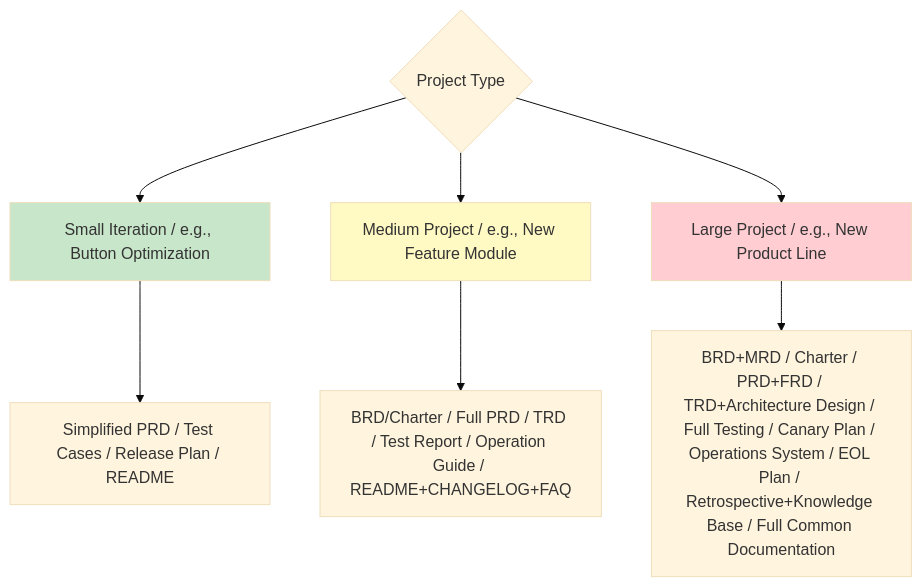
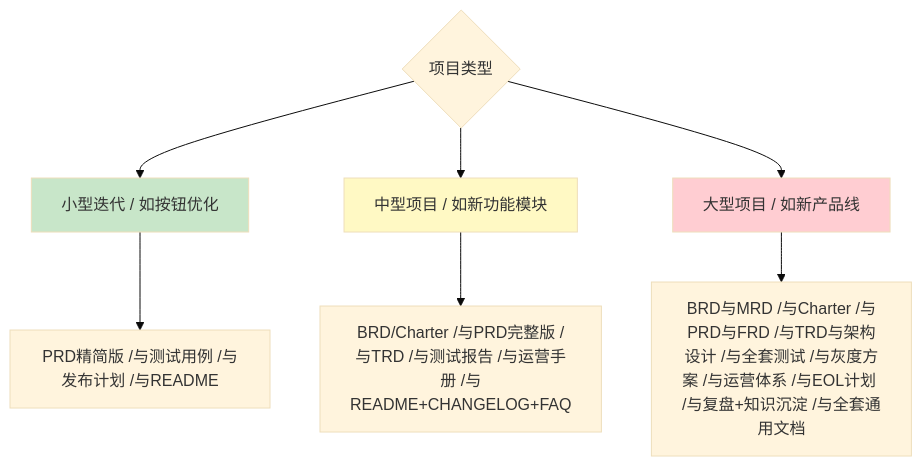
The third of 4 diagrams in templates/Product/README.md (Kirky-X/cangjie), drawn with Mermaid (base theme) before and after one commit. The commit also changed other lines of this file and 33 other files, not shown here.

````diff
--- a/templates/Product/README.md
+++ b/templates/Product/README.md
@@ -424,16 +424,16 @@
 ```mermaid
 flowchart TD
-    A{Project Type} --> B[Small Iteration / e.g., Button Optimization]
-    A --> C[Medium Project / e.g., New Feature Module]
-    A --> D[Large Project / e.g., New Product Line]
+    A{项目类型} --> B[小型迭代 / 如按钮优化]
+    A --> C[中型项目 / 如新功能模块]
+    A --> D[大型项目 / 如新产品线]
 
-    B --> B1[Simplified PRD / Test Cases / Release Plan / README]
+    B --> B1[PRD精简版 /与测试用例 /与发布计划 /与README]
 
-    C --> C1[BRD/Charter / Full PRD / TRD / Test Report / Operation Guide / README+CHANGELOG+FAQ]
+    C --> C1[BRD/Charter /与PRD完整版 /与TRD /与测试报告 /与运营手册 /与README+CHANGELOG+FAQ]
 
-    D --> D1[BRD+MRD / Charter / PRD+FRD / TRD+Architecture Design / Full Testing / Canary Plan / Operations System / EOL Plan / Retrospective+Knowledge Base / Full Common Documentation]
+    D --> D1[BRD与MRD /与Charter /与PRD与FRD /与TRD与架构设计 /与全套测试 /与灰度方案 /与运营体系 /与EOL计划 /与复盘+知识沉淀 /与全套通用文档]
 
     style B fill:#c8e6c9
     style C fill:#fff9c4
     style D fill:#ffcdd2
 ```
````
